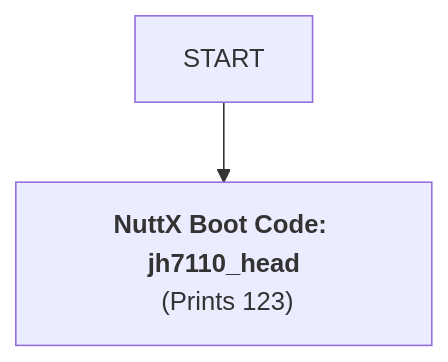
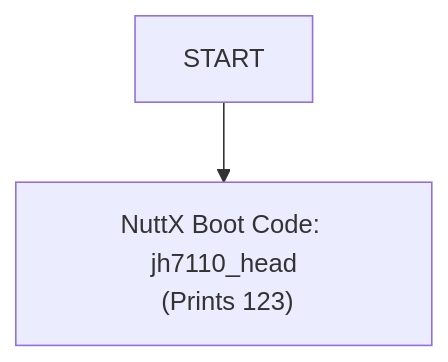
The diagram in README.md (lupyuen/nuttx-ox64), drawn with Mermaid before and after one commit.

````diff
--- a/README.md
+++ b/README.md
@@ -1463,5 +1463,5 @@
 ```mermaid
 flowchart TD
-START --> jh7110_head["`**NuttX Boot Code: jh7110_head**<br> (Prints 123)`"]
+START --> jh7110_head["NuttX Boot Code: jh7110_head<br> (Prints 123)"]
 click jh7110_head href "https://github.com/lupyuen2/wip-pinephone-nuttx/blob/ox64/arch/risc-v/src/jh7110/jh7110_head.S#L41-L156" "arch/risc-v/src/jh7110/jh7110_head.S" _blank
 ```
````
